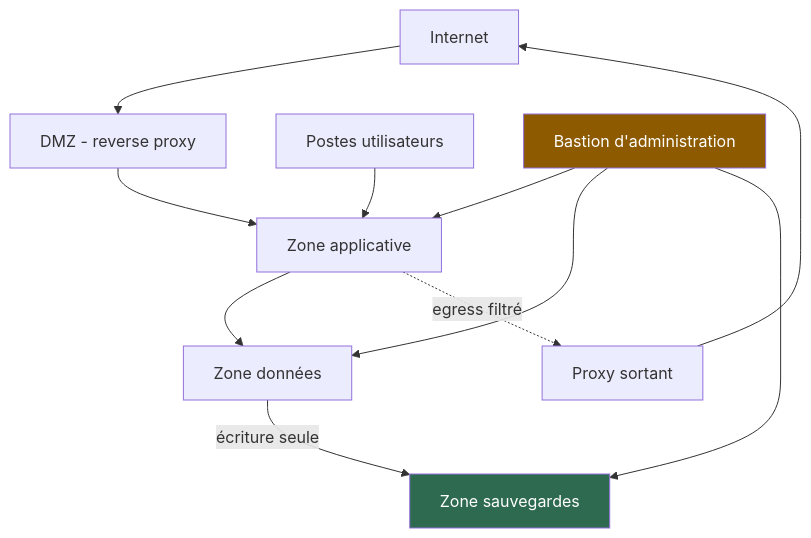
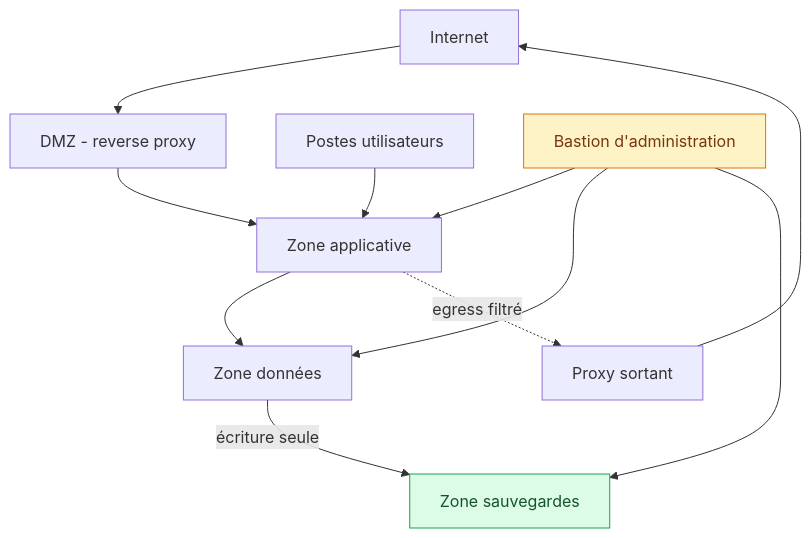
One commit to Gooseppr/GevOps_LC changed the second of 3 diagrams in courses/reseaux-cybersecurite/30_architecture_securite.md. Above: the diagram before and after it, drawn with Mermaid. The commit also changed other lines of this file and 56 other files, not shown here.

````diff
--- a/courses/reseaux-cybersecurite/30_architecture_securite.md
+++ b/courses/reseaux-cybersecurite/30_architecture_securite.md
@@ -140,15 +140,15 @@
 ```mermaid
 flowchart TB
     NET["Internet"] --> RP["DMZ - reverse proxy"]
     RP --> APP["Zone applicative"]
     USR["Postes utilisateurs"] --> APP
     APP --> DB["Zone données"]
     ADM["Bastion d'administration"] --> APP
     ADM --> DB
     ADM --> BKP["Zone sauvegardes"]
     DB -->|"écriture seule"| BKP
     APP -.->|"egress filtré"| PX["Proxy sortant"]
     PX --> NET
-    style ADM fill:#8d5a00,color:#fff
-    style BKP fill:#2d6a4f,color:#fff
+    style ADM fill:#fef3c7,stroke:#d97706,color:#78350f
+    style BKP fill:#dcfce7,stroke:#16a34a,color:#14532d
 ```
````
